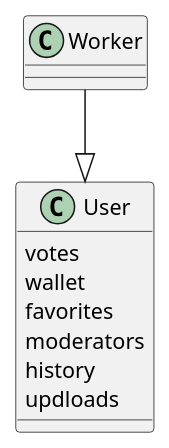
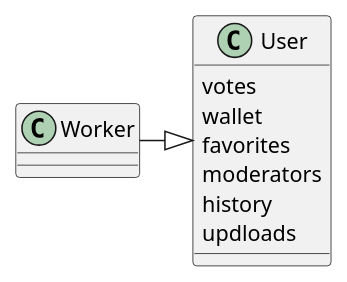
The fourth of 5 diagrams in bitcloud.org (wetube/bitcloud), drawn with PlantUML before and after one commit. The commit also changed other lines of this file and 5 other files, not shown here.

```diff
--- a/bitcloud.org
+++ b/bitcloud.org
@@ -279,11 +292,11 @@
 #+BEGIN_SRC plantuml :file "img/user-class.png"
 class User {
      votes
       wallet
       favorites
       moderators
       history
       updloads
 }
-Worker --|> User
+Worker -right-|> User
 #+END_SRC
```
